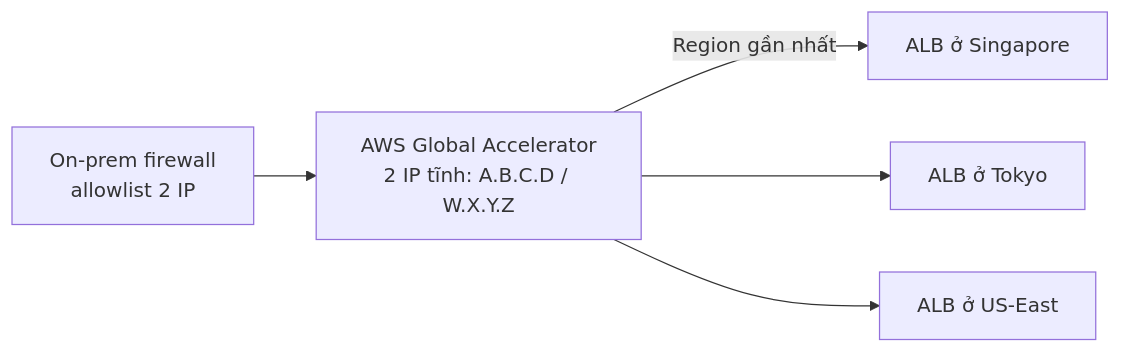
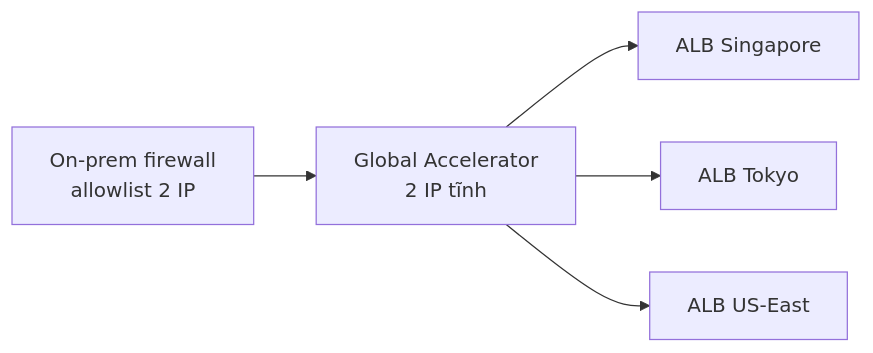
The diagram in .claude/skills/aws-explain/references/teaching-patterns.md (vanhiep99w/aws-learn), drawn with Mermaid before and after one commit. The commit also changed other lines of this file and 1 other file, not shown here.

First line of the commit message:
skill(aws-explain): nén teaching-patterns.md ~35%

````diff
--- a/.claude/skills/aws-explain/references/teaching-patterns.md
+++ b/.claude/skills/aws-explain/references/teaching-patterns.md
@@ -171,7 +102,7 @@
 ```mermaid
 flowchart LR
-    Firewall["On-prem firewall<br/>allowlist 2 IP"] --> GA["AWS Global Accelerator<br/>2 IP tĩnh: A.B.C.D / W.X.Y.Z"]
-    GA -->|"Region gần nhất"| ALB1["ALB ở Singapore"]
-    GA --> ALB2["ALB ở Tokyo"]
-    GA --> ALB3["ALB ở US-East"]
+    Firewall["On-prem firewall<br/>allowlist 2 IP"] --> GA["Global Accelerator<br/>2 IP tĩnh"]
+    GA --> ALB1["ALB Singapore"]
+    GA --> ALB2["ALB Tokyo"]
+    GA --> ALB3["ALB US-East"]
 ```
````
